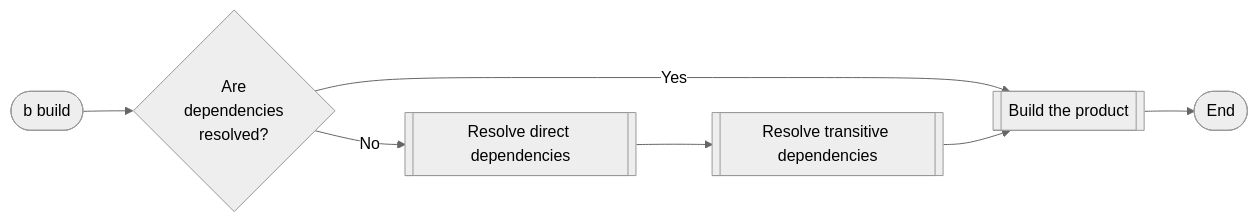
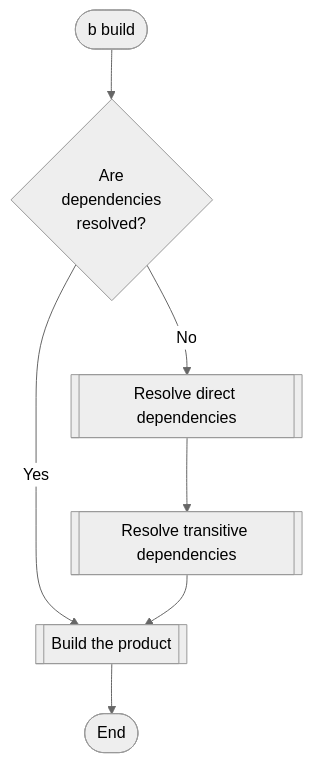
Before and after one commit to postsharp/PostSharp.Engineering: the first of 3 diagrams in doc/build-flow.md, drawn with Mermaid (neutral theme). The commit also changed 1 other file, not shown here.

Commit message:
#29947 Publishing flow drafted.

````diff
--- a/doc/build-flow.md
+++ b/doc/build-flow.md
@@ -3,16 +3,16 @@
 ```mermaid
-flowchart LR
+flowchart TB
     start([b build])
 
     start --> are_dependencies_resolved{Are<br>dependencies<br>resolved?}
 
     build[[Build the product]]
 
     resolve_direct_dependencies[[Resolve direct dependencies]]
     resolve_transitive_dependencies[[Resolve transitive dependencies]]
 
     are_dependencies_resolved --> |Yes| build
     are_dependencies_resolved --> |No| resolve_direct_dependencies --> resolve_transitive_dependencies --> build
 
     build --> END([End])
 ```
````
